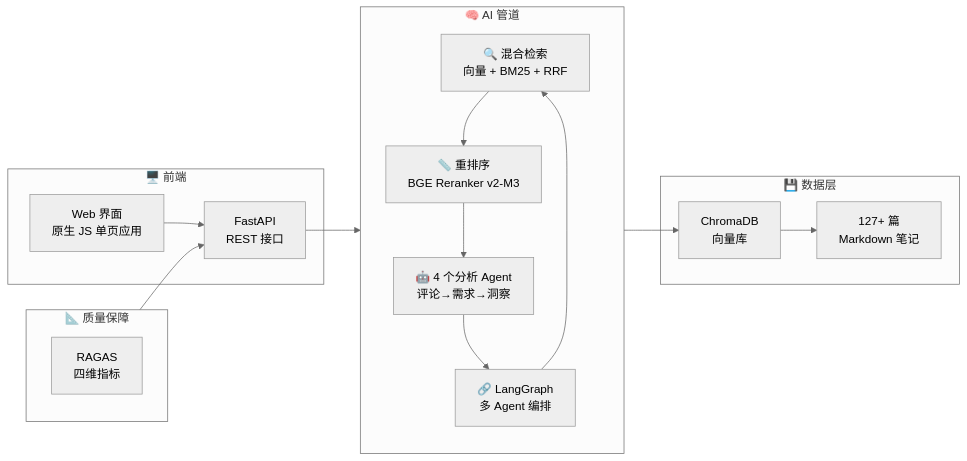
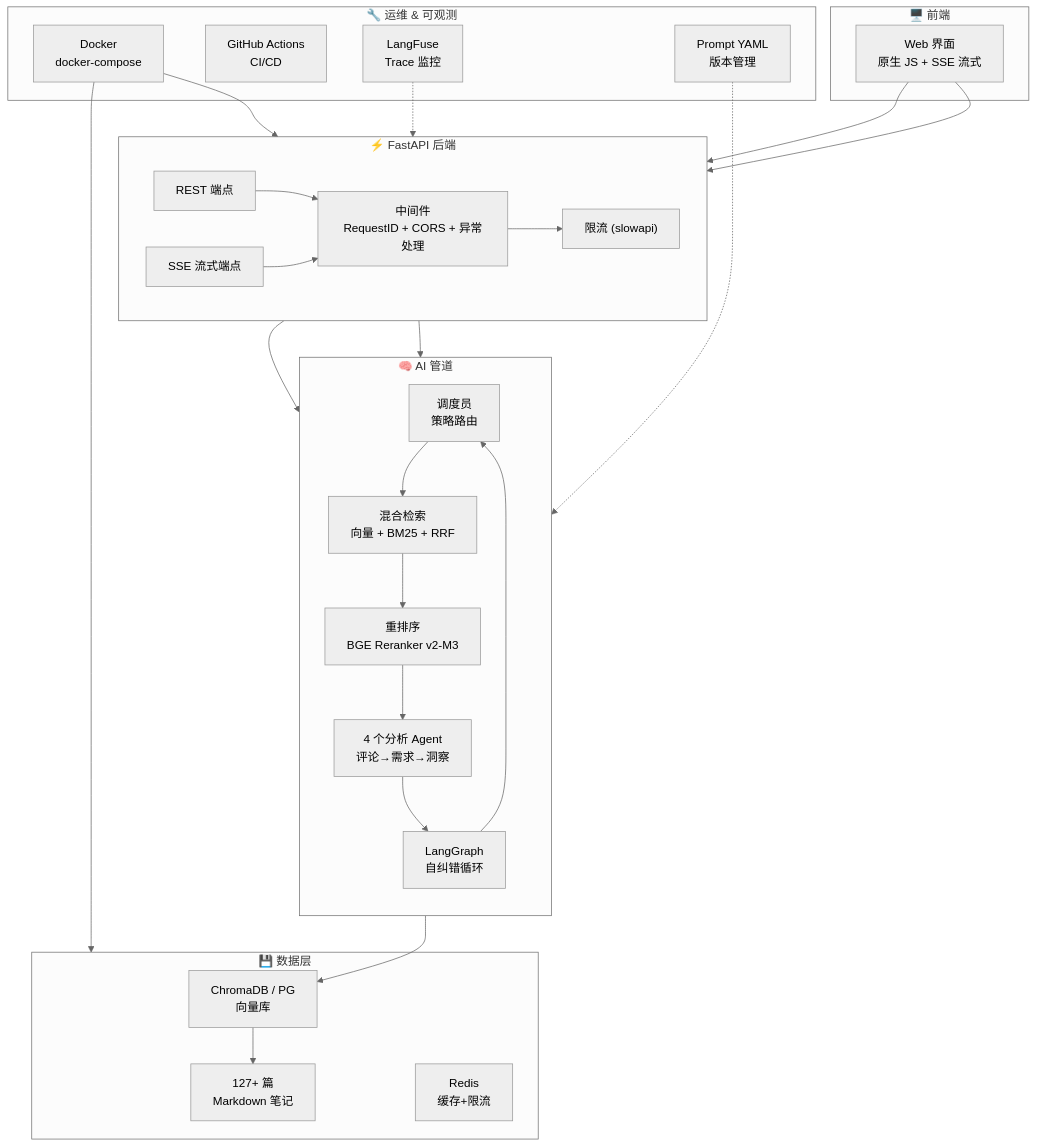
The diagram in README.md (Amazinghorseli/RedNote-Insight), drawn with Mermaid (neutral theme) before and after one commit. The commit also changed other lines of this file and 35 other files, not shown here.

````diff
--- a/README.md
+++ b/README.md
@@ -90,32 +92,47 @@
 ```mermaid
-flowchart LR
+flowchart TB
     subgraph 前端["🖥️ 前端"]
-        Web["Web 界面<br/>原生 JS 单页应用"]
-        API["FastAPI<br/>REST 接口"]
+        Web["Web 界面<br/>原生 JS + SSE 流式"]
+    end
+
+    subgraph 后端["⚡ FastAPI 后端"]
+        direction LR
+        API["REST 端点"]
+        Stream["SSE 流式端点"]
+        RateLimit["限流 (slowapi)"]
+        Middleware["中间件<br/>RequestID + CORS + 异常处理"]
     end
 
     subgraph 核心管道["🧠 AI 管道"]
         direction TB
-        RAG["🔍 混合检索<br/>向量 + BM25 + RRF"]
-        Rerank["📏 重排序<br/>BGE Reranker v2-M3"]
-        Graph["🔗 LangGraph<br/>多 Agent 编排"]
-        Agents["🤖 4 个分析 Agent<br/>评论→需求→洞察"]
+        Supervisor["调度员<br/>策略路由"]
+        RAG["混合检索<br/>向量 + BM25 + RRF"]
+        Rerank["重排序<br/>BGE Reranker v2-M3"]
+        Graph["LangGraph<br/>自纠错循环"]
+        Agents["4 个分析 Agent<br/>评论→需求→洞察"]
     end
 
     subgraph 数据层["💾 数据层"]
-        Chrome["ChromaDB<br/>向量库"]
+        Chroma["ChromaDB / PG<br/>向量库"]
         Raw["127+ 篇<br/>Markdown 笔记"]
+        Redis["Redis<br/>缓存+限流"]
     end
 
-    subgraph 评估["📐 质量保障"]
-        RAGAS["RAGAS<br/>四维指标"]
+    subgraph 运维["🔧 运维 & 可观测"]
+        Docker["Docker<br/>docker-compose"]
+        CI["GitHub Actions<br/>CI/CD"]
+        LangFuse["LangFuse<br/>Trace 监控"]
+        PromptYAML["Prompt YAML<br/>版本管理"]
     end
 
-    Web --> API
+    Web --> API & Stream
+    API & Stream --> Middleware --> RateLimit
     API --> Graph
-    Graph --> RAG --> Rerank
-    Rerank --> Agents
+    Stream --> Graph
+    Graph --> Supervisor --> RAG --> Rerank --> Agents
     Agents --> Graph
-    RAG --> Chrome --> Raw
-    评估 --> API
+    RAG --> Chroma --> Raw
+    Docker --> 后端 & 数据层
+    LangFuse -.-> 后端
+    PromptYAML -.-> 核心管道
 ```
````
